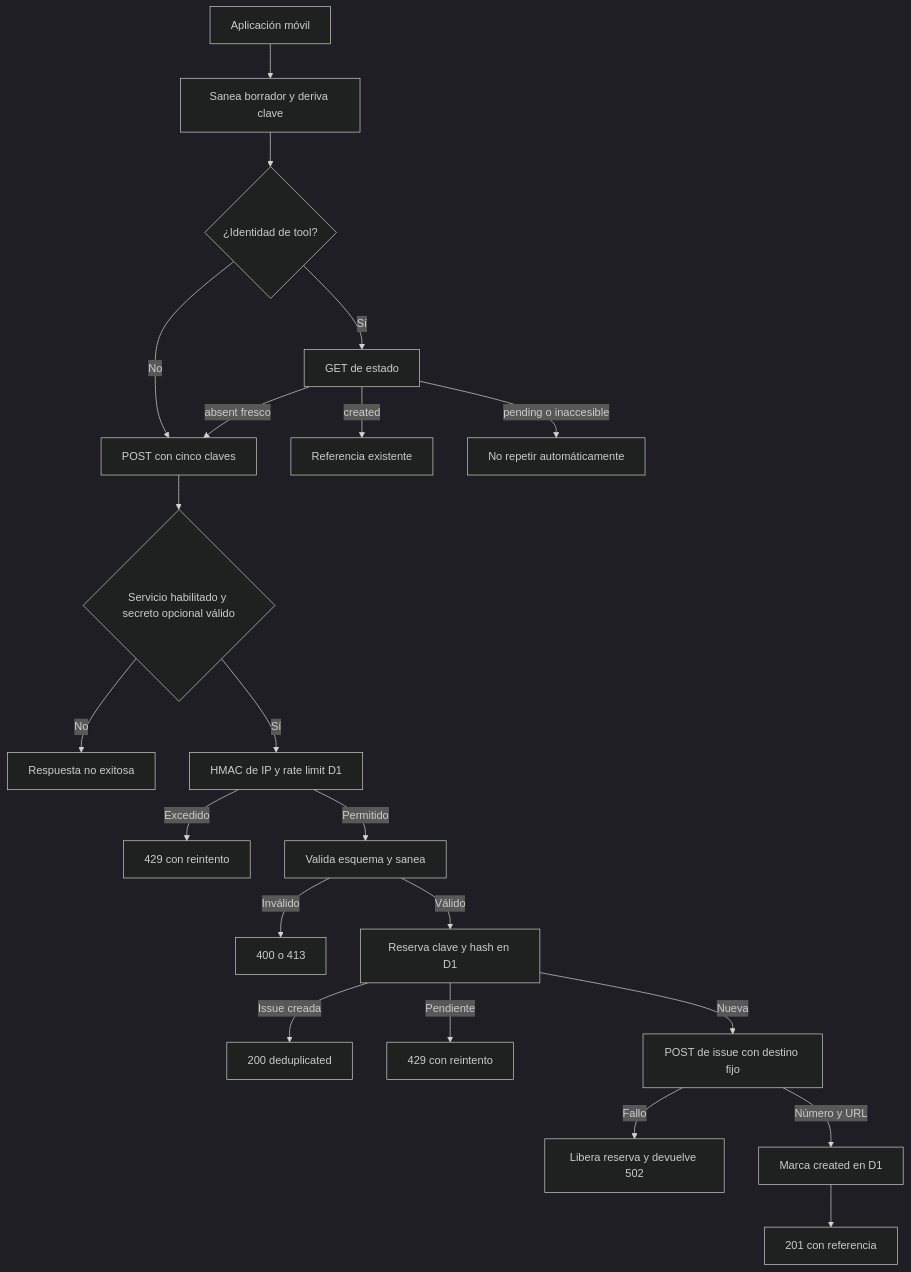
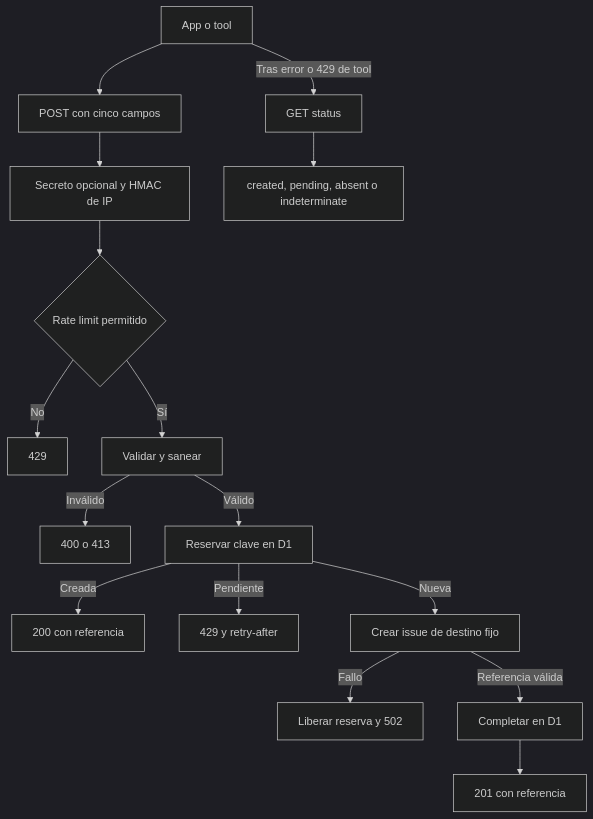
One commit to maximofn/gymnasia changed the diagram in openwiki/services/feedback-worker.md. Above: the diagram before and after it, drawn with Mermaid (dark theme). The commit also changed other lines of this file and 41 other files, not shown here.

````diff
--- a/openwiki/services/feedback-worker.md
+++ b/openwiki/services/feedback-worker.md
@@ -90,23 +92,18 @@
 ```mermaid
 flowchart TD
-    App["Aplicación móvil"] --> Draft["Sanea borrador y deriva clave"]
-    Draft --> Kind{"¿Identidad de tool?"}
-    Kind -->|"Sí"| Status["GET de estado"]
-    Kind -->|"No"| Post
-    Status -->|"created"| StatusCreated["Referencia existente"]
-    Status -->|"pending o inaccesible"| Stop["No repetir automáticamente"]
-    Status -->|"absent fresco"| Post
-    Post["POST con cinco claves"] --> Gate{"Servicio habilitado y secreto opcional válido"}
-    Gate -- "No" --> Unavailable["Respuesta no exitosa"]
-    Gate -- "Sí" --> Limit["HMAC de IP y rate limit D1"]
-    Limit -- "Excedido" --> Limited["429 con reintento"]
-    Limit -- "Permitido" --> Validate["Valida esquema y sanea"]
-    Validate -- "Inválido" --> Rejected["400 o 413"]
-    Validate -- "Válido" --> Reserve["Reserva clave y hash en D1"]
-    Reserve -- "Issue creada" --> Existing["200 deduplicated"]
-    Reserve -- "Pendiente" --> Pending["429 con reintento"]
-    Reserve -- "Nueva" --> GitHub["POST de issue con destino fijo"]
-    GitHub -- "Fallo" --> Release["Libera reserva y devuelve 502"]
-    GitHub -- "Número y URL" --> Complete["Marca created en D1"]
+    App["App o tool"] --> Post["POST con cinco campos"]
+    Post --> Auth["Secreto opcional y HMAC de IP"]
+    Auth --> Limit{"Rate limit permitido"}
+    Limit -->|"No"| Limited["429"]
+    Limit -->|"Sí"| Validate["Validar y sanear"]
+    Validate -->|"Inválido"| Rejected["400 o 413"]
+    Validate -->|"Válido"| Reserve["Reservar clave en D1"]
+    Reserve -->|"Creada"| Duplicate["200 con referencia"]
+    Reserve -->|"Pendiente"| Pending["429 y retry-after"]
+    Reserve -->|"Nueva"| GitHub["Crear issue de destino fijo"]
+    GitHub -->|"Fallo"| Release["Liberar reserva y 502"]
+    GitHub -->|"Referencia válida"| Complete["Completar en D1"]
     Complete --> Created["201 con referencia"]
+    App -->|"Tras error o 429 de tool"| Status["GET status"]
+    Status --> StatusResult["created, pending, absent o indeterminate"]
 ```
````
